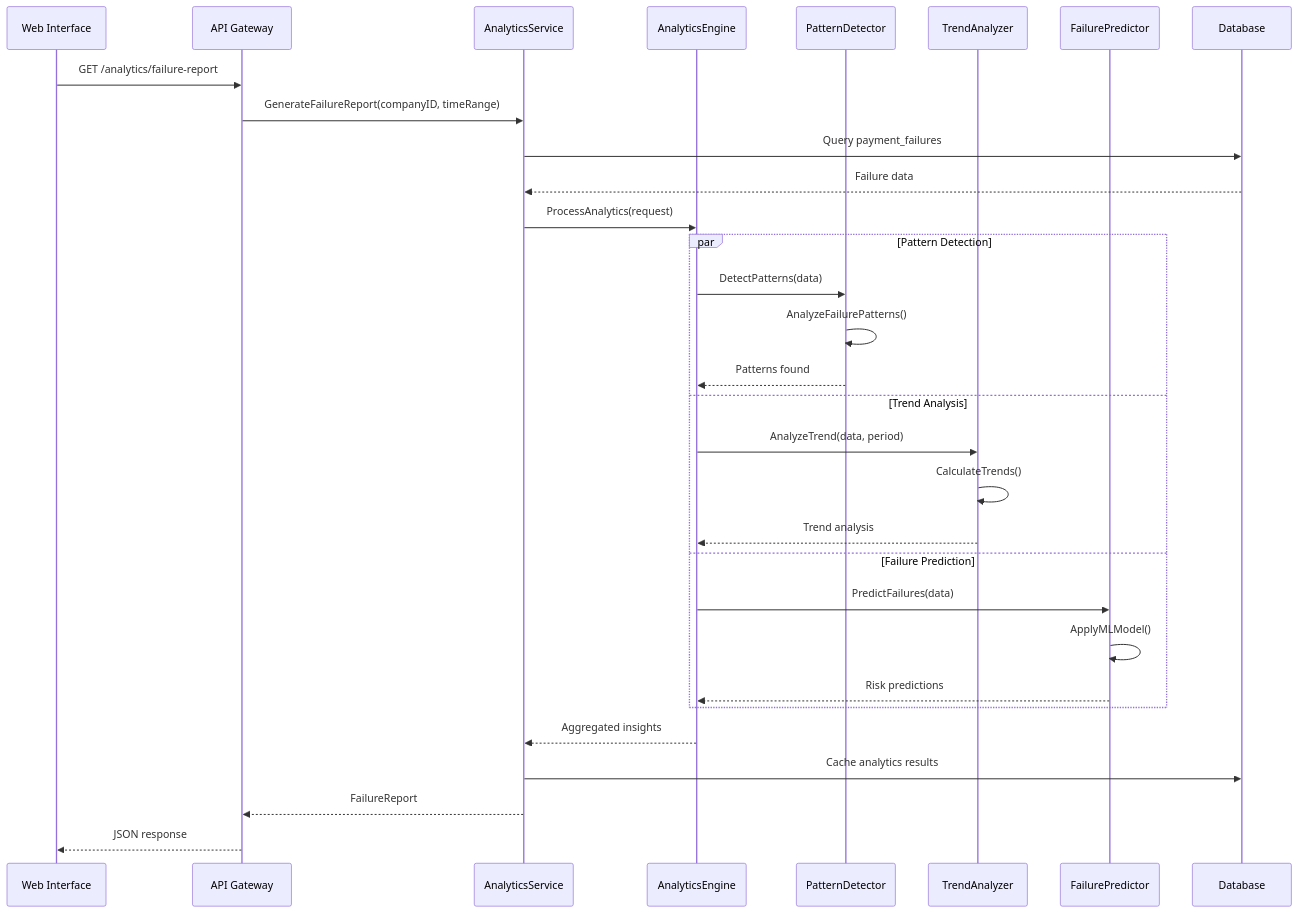
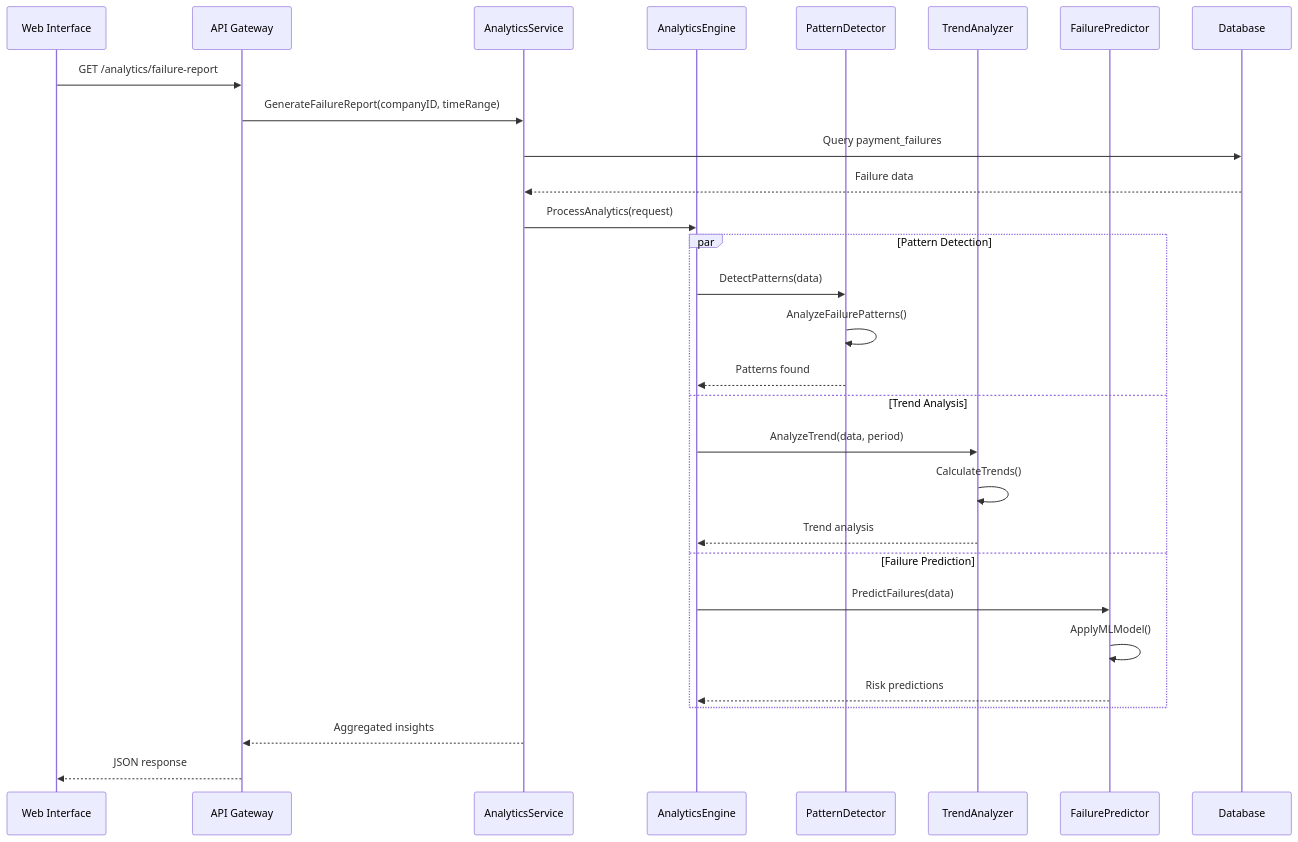
One commit to sambitmohanty1/payment-watchdog changed the fourth of 4 diagrams in README.md. Above: the diagram before and after it, drawn with Mermaid. The commit also changed other lines of this file and 1 other file, not shown here.

First line of the commit message:
fix(api): resolve fmt.Sprintf format error in Redis connection

````diff
--- a/README.md
+++ b/README.md
@@ -1048,36 +796,34 @@
 ```mermaid
 sequenceDiagram
     participant UI as Web Interface
     participant API as API Gateway
     participant AS as AnalyticsService
     participant AE as AnalyticsEngine
     participant PD as PatternDetector
     participant TA as TrendAnalyzer
     participant FP as FailurePredictor
     participant DB as Database
 
     UI->>API: GET /analytics/failure-report
     API->>AS: GenerateFailureReport(companyID, timeRange)
     AS->>DB: Query payment_failures
     DB-->>AS: Failure data
     AS->>AE: ProcessAnalytics(request)
     
     par Pattern Detection
         AE->>PD: DetectPatterns(data)
         PD->>PD: AnalyzeFailurePatterns()
         PD-->>AE: Patterns found
     and Trend Analysis
         AE->>TA: AnalyzeTrend(data, period)
         TA->>TA: CalculateTrends()
         TA-->>AE: Trend analysis
     and Failure Prediction
         AE->>FP: PredictFailures(data)
         FP->>FP: ApplyMLModel()
         FP-->>AE: Risk predictions
     end
     
-    AE-->>AS: Aggregated insights
-    AS->>DB: Cache analytics results
-    AS-->>API: FailureReport
+    AS-->>API: Aggregated insights
     API-->>UI: JSON response
 ```
````
